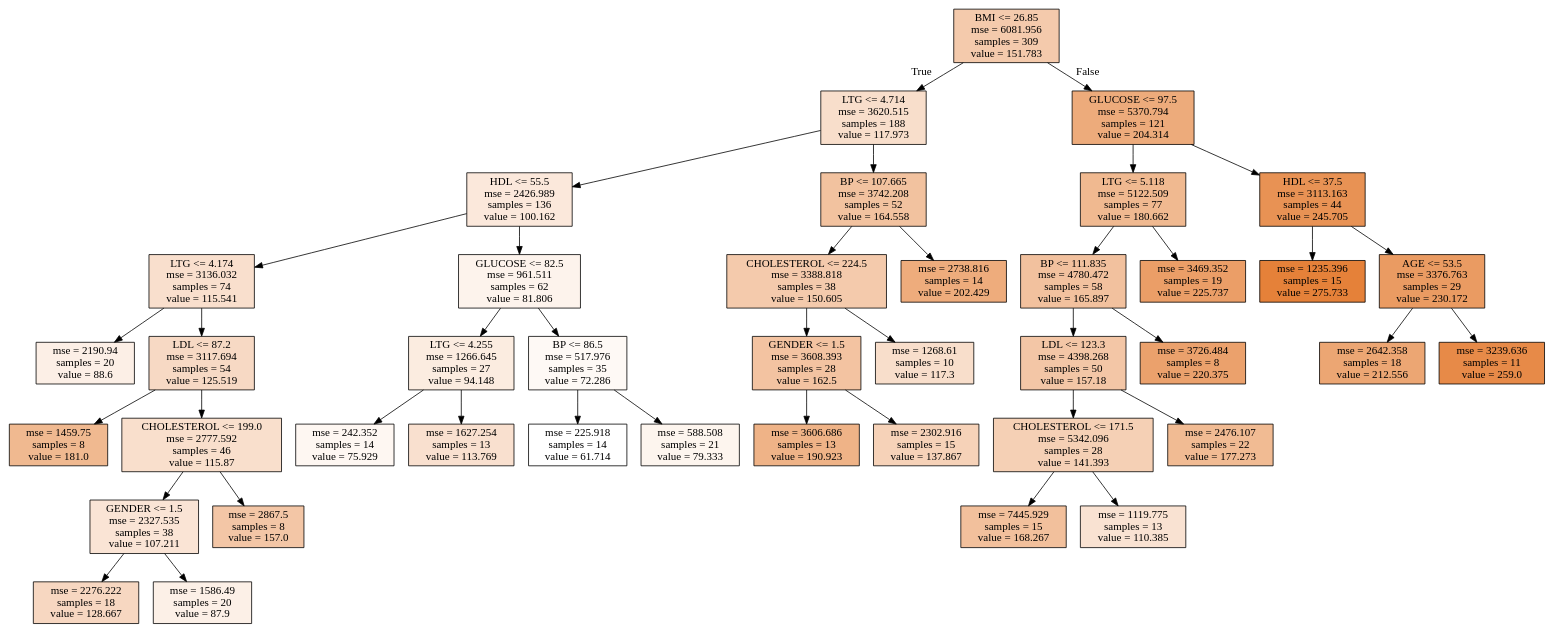
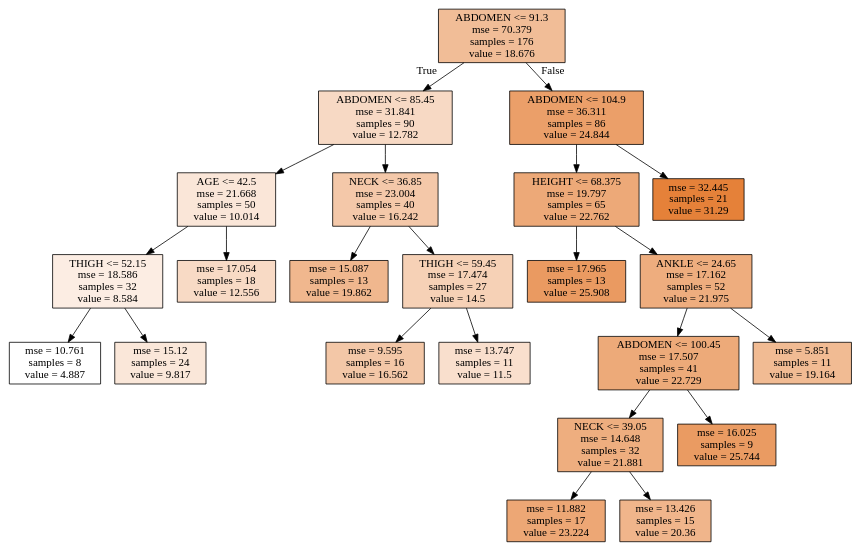
Before and after one commit to wonbae/data-analytics: the diagram in tree_split.dot, drawn with Graphviz. The commit also changed 11 other files, not shown here.

```diff
--- a/tree_split.dot
+++ b/tree_split.dot
@@ -1,84 +1,48 @@
 digraph Tree {
 node [shape=box, style="filled", color="black"] ;
-0 [label="BMI <= 26.85\nmse = 6081.956\nsamples = 309\nvalue = 151.783", fillcolor="#e581396b"] ;
-1 [label="LTG <= 4.714\nmse = 3620.515\nsamples = 188\nvalue = 117.973", fillcolor="#e5813943"] ;
+0 [label="ABDOMEN <= 91.3\nmse = 70.379\nsamples = 176\nvalue = 18.676", fillcolor="#e5813985"] ;
+1 [label="ABDOMEN <= 85.45\nmse = 31.841\nsamples = 90\nvalue = 12.782", fillcolor="#e581394c"] ;
 0 -> 1 [labeldistance=2.5, labelangle=45, headlabel="True"] ;
-2 [label="HDL <= 55.5\nmse = 2426.989\nsamples = 136\nvalue = 100.162", fillcolor="#e581392e"] ;
+2 [label="AGE <= 42.5\nmse = 21.668\nsamples = 50\nvalue = 10.014", fillcolor="#e5813932"] ;
 1 -> 2 ;
-3 [label="LTG <= 4.174\nmse = 3136.032\nsamples = 74\nvalue = 115.541", fillcolor="#e5813940"] ;
+3 [label="THIGH <= 52.15\nmse = 18.586\nsamples = 32\nvalue = 8.584", fillcolor="#e5813924"] ;
 2 -> 3 ;
-4 [label="mse = 2190.94\nsamples = 20\nvalue = 88.6", fillcolor="#e5813920"] ;
+4 [label="mse = 10.761\nsamples = 8\nvalue = 4.887", fillcolor="#e5813900"] ;
 3 -> 4 ;
-5 [label="LDL <= 87.2\nmse = 3117.694\nsamples = 54\nvalue = 125.519", fillcolor="#e581394c"] ;
+5 [label="mse = 15.12\nsamples = 24\nvalue = 9.817", fillcolor="#e5813930"] ;
 3 -> 5 ;
-6 [label="mse = 1459.75\nsamples = 8\nvalue = 181.0", fillcolor="#e581398e"] ;
-5 -> 6 ;
-7 [label="CHOLESTEROL <= 199.0\nmse = 2777.592\nsamples = 46\nvalue = 115.87", fillcolor="#e5813941"] ;
-5 -> 7 ;
-8 [label="GENDER <= 1.5\nmse = 2327.535\nsamples = 38\nvalue = 107.211", fillcolor="#e5813936"] ;
+6 [label="mse = 17.054\nsamples = 18\nvalue = 12.556", fillcolor="#e581394a"] ;
+2 -> 6 ;
+7 [label="NECK <= 36.85\nmse = 23.004\nsamples = 40\nvalue = 16.242", fillcolor="#e581396e"] ;
+1 -> 7 ;
+8 [label="mse = 15.087\nsamples = 13\nvalue = 19.862", fillcolor="#e5813991"] ;
 7 -> 8 ;
-9 [label="mse = 2276.222\nsamples = 18\nvalue = 128.667", fillcolor="#e5813950"] ;
-8 -> 9 ;
-10 [label="mse = 1586.49\nsamples = 20\nvalue = 87.9", fillcolor="#e581391f"] ;
-8 -> 10 ;
-11 [label="mse = 2867.5\nsamples = 8\nvalue = 157.0", fillcolor="#e5813972"] ;
-7 -> 11 ;
-12 [label="GLUCOSE <= 82.5\nmse = 961.511\nsamples = 62\nvalue = 81.806", fillcolor="#e5813918"] ;
-2 -> 12 ;
-13 [label="LTG <= 4.255\nmse = 1266.645\nsamples = 27\nvalue = 94.148", fillcolor="#e5813927"] ;
+9 [label="THIGH <= 59.45\nmse = 17.474\nsamples = 27\nvalue = 14.5", fillcolor="#e581395d"] ;
+7 -> 9 ;
+10 [label="mse = 9.595\nsamples = 16\nvalue = 16.562", fillcolor="#e5813971"] ;
+9 -> 10 ;
+11 [label="mse = 13.747\nsamples = 11\nvalue = 11.5", fillcolor="#e5813940"] ;
+9 -> 11 ;
+12 [label="ABDOMEN <= 104.9\nmse = 36.311\nsamples = 86\nvalue = 24.844", fillcolor="#e58139c1"] ;
+0 -> 12 [labeldistance=2.5, labelangle=-45, headlabel="False"] ;
+13 [label="HEIGHT <= 68.375\nmse = 19.797\nsamples = 65\nvalue = 22.762", fillcolor="#e58139ad"] ;
 12 -> 13 ;
-14 [label="mse = 242.352\nsamples = 14\nvalue = 75.929", fillcolor="#e5813911"] ;
+14 [label="mse = 17.965\nsamples = 13\nvalue = 25.908", fillcolor="#e58139cb"] ;
 13 -> 14 ;
-15 [label="mse = 1627.254\nsamples = 13\nvalue = 113.769", fillcolor="#e581393e"] ;
+15 [label="ANKLE <= 24.65\nmse = 17.162\nsamples = 52\nvalue = 21.975", fillcolor="#e58139a5"] ;
 13 -> 15 ;
-16 [label="BP <= 86.5\nmse = 517.976\nsamples = 35\nvalue = 72.286", fillcolor="#e581390d"] ;
-12 -> 16 ;
-17 [label="mse = 225.918\nsamples = 14\nvalue = 61.714", fillcolor="#e5813900"] ;
+16 [label="ABDOMEN <= 100.45\nmse = 17.507\nsamples = 41\nvalue = 22.729", fillcolor="#e58139ac"] ;
+15 -> 16 ;
+17 [label="NECK <= 39.05\nmse = 14.648\nsamples = 32\nvalue = 21.881", fillcolor="#e58139a4"] ;
 16 -> 17 ;
-18 [label="mse = 588.508\nsamples = 21\nvalue = 79.333", fillcolor="#e5813915"] ;
-16 -> 18 ;
-19 [label="BP <= 107.665\nmse = 3742.208\nsamples = 52\nvalue = 164.558", fillcolor="#e581397b"] ;
-1 -> 19 ;
-20 [label="CHOLESTEROL <= 224.5\nmse = 3388.818\nsamples = 38\nvalue = 150.605", fillcolor="#e581396a"] ;
-19 -> 20 ;
-21 [label="GENDER <= 1.5\nmse = 3608.393\nsamples = 28\nvalue = 162.5", fillcolor="#e5813978"] ;
-20 -> 21 ;
-22 [label="mse = 3606.686\nsamples = 13\nvalue = 190.923", fillcolor="#e581399a"] ;
-21 -> 22 ;
-23 [label="mse = 2302.916\nsamples = 15\nvalue = 137.867", fillcolor="#e581395b"] ;
-21 -> 23 ;
-24 [label="mse = 1268.61\nsamples = 10\nvalue = 117.3", fillcolor="#e5813942"] ;
-20 -> 24 ;
-25 [label="mse = 2738.816\nsamples = 14\nvalue = 202.429", fillcolor="#e58139a8"] ;
-19 -> 25 ;
-26 [label="GLUCOSE <= 97.5\nmse = 5370.794\nsamples = 121\nvalue = 204.314", fillcolor="#e58139aa"] ;
-0 -> 26 [labeldistance=2.5, labelangle=-45, headlabel="False"] ;
-27 [label="LTG <= 5.118\nmse = 5122.509\nsamples = 77\nvalue = 180.662", fillcolor="#e581398e"] ;
-26 -> 27 ;
-28 [label="BP <= 111.835\nmse = 4780.472\nsamples = 58\nvalue = 165.897", fillcolor="#e581397c"] ;
-27 -> 28 ;
-29 [label="LDL <= 123.3\nmse = 4398.268\nsamples = 50\nvalue = 157.18", fillcolor="#e5813972"] ;
-28 -> 29 ;
-30 [label="CHOLESTEROL <= 171.5\nmse = 5342.096\nsamples = 28\nvalue = 141.393", fillcolor="#e581395f"] ;
-29 -> 30 ;
-31 [label="mse = 7445.929\nsamples = 15\nvalue = 168.267", fillcolor="#e581397f"] ;
-30 -> 31 ;
-32 [label="mse = 1119.775\nsamples = 13\nvalue = 110.385", fillcolor="#e581393a"] ;
-30 -> 32 ;
-33 [label="mse = 2476.107\nsamples = 22\nvalue = 177.273", fillcolor="#e581398a"] ;
-29 -> 33 ;
-34 [label="mse = 3726.484\nsamples = 8\nvalue = 220.375", fillcolor="#e58139bd"] ;
-28 -> 34 ;
-35 [label="mse = 3469.352\nsamples = 19\nvalue = 225.737", fillcolor="#e58139c3"] ;
-27 -> 35 ;
-36 [label="HDL <= 37.5\nmse = 3113.163\nsamples = 44\nvalue = 245.705", fillcolor="#e58139db"] ;
-26 -> 36 ;
-37 [label="mse = 1235.396\nsamples = 15\nvalue = 275.733", fillcolor="#e58139ff"] ;
-36 -> 37 ;
-38 [label="AGE <= 53.5\nmse = 3376.763\nsamples = 29\nvalue = 230.172", fillcolor="#e58139c9"] ;
-36 -> 38 ;
-39 [label="mse = 2642.358\nsamples = 18\nvalue = 212.556", fillcolor="#e58139b4"] ;
-38 -> 39 ;
-40 [label="mse = 3239.636\nsamples = 11\nvalue = 259.0", fillcolor="#e58139eb"] ;
-38 -> 40 ;
+18 [label="mse = 11.882\nsamples = 17\nvalue = 23.224", fillcolor="#e58139b1"] ;
+17 -> 18 ;
+19 [label="mse = 13.426\nsamples = 15\nvalue = 20.36", fillcolor="#e5813995"] ;
+17 -> 19 ;
+20 [label="mse = 16.025\nsamples = 9\nvalue = 25.744", fillcolor="#e58139c9"] ;
+16 -> 20 ;
+21 [label="mse = 5.851\nsamples = 11\nvalue = 19.164", fillcolor="#e581398a"] ;
+15 -> 21 ;
+22 [label="mse = 32.445\nsamples = 21\nvalue = 31.29", fillcolor="#e58139ff"] ;
+12 -> 22 ;
 }
```
